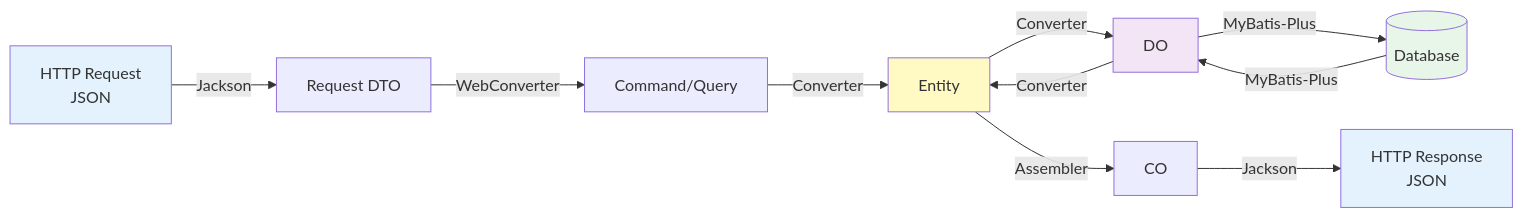
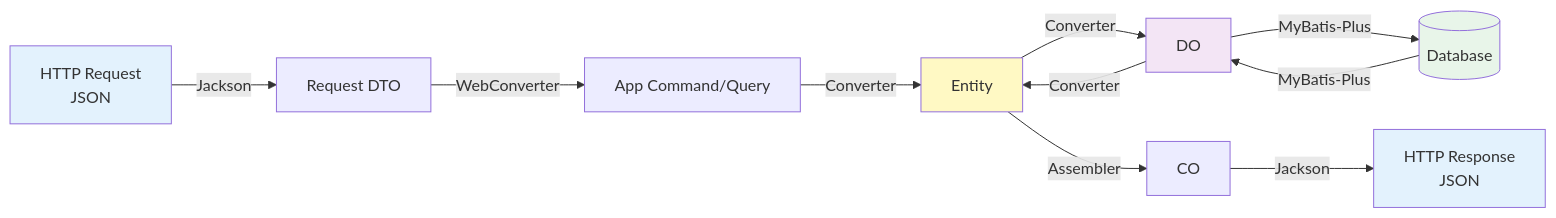
One commit to Yggdrasil-Labs/midgard-backend-template changed the second of 2 diagrams in README.md. Above: the diagram before and after it, drawn with Mermaid. The commit also changed other lines of this file, not shown here.

Commit message:
docs: 更新 README，调整各层职责和命名规范，明确 Client 层与 App 层的关系

````diff
--- a/README.md
+++ b/README.md
@@ -130,19 +128,19 @@
 ```mermaid
 flowchart LR
     A[HTTP Request<br/>JSON] -->|Jackson| B[Request DTO]
-    B -->|WebConverter| C[Command/Query]
+    B -->|WebConverter| C[App Command/Query]
     C -->|Converter| D[Entity]
     D -->|Converter| E[DO]
     E -->|MyBatis-Plus| F[(Database)]
     
     F -->|MyBatis-Plus| E
     E -->|Converter| D
     D -->|Assembler| G[CO]
     G -->|Jackson| H[HTTP Response<br/>JSON]
     
     style A fill:#e3f2fd
     style H fill:#e3f2fd
     style D fill:#fff9c4
     style E fill:#f3e5f5
     style F fill:#e8f5e9
 ```
````
